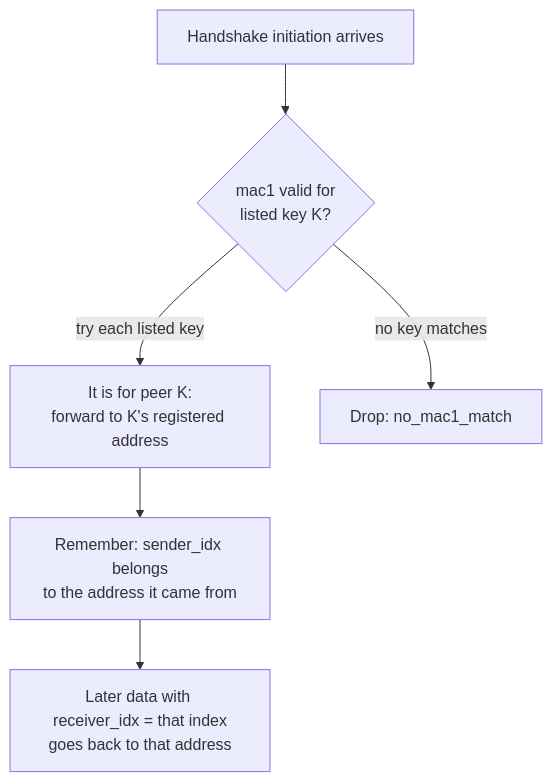
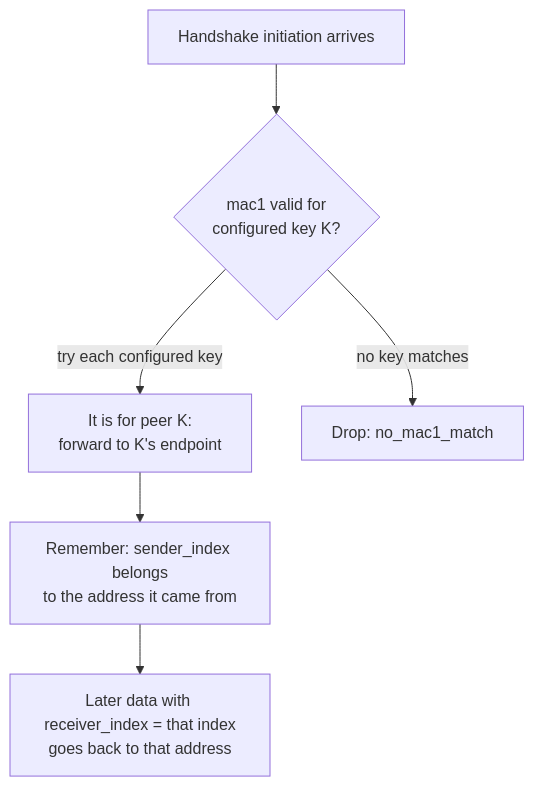
One commit to 3alpha/wg-relay changed the second of 23 diagrams in docs/how-it-works.md. Above: the diagram before and after it, drawn with Mermaid. The commit also changed other lines of this file and 46 other files, not shown here.

````diff
--- a/docs/how-it-works.md
+++ b/docs/how-it-works.md
@@ -73,8 +75,8 @@
 ```mermaid
 flowchart TD
-    A["Handshake initiation arrives"] --> B{"mac1 valid for<br/>listed key K?"}
-    B -- "try each listed key" --> C["It is for peer K:<br/>forward to K's registered address"]
+    A["Handshake initiation arrives"] --> B{"mac1 valid for<br/>configured key K?"}
+    B -- "try each configured key" --> C["It is for peer K:<br/>forward to K's endpoint"]
     B -- "no key matches" --> D["Drop: no_mac1_match"]
-    C --> E["Remember: sender_idx belongs<br/>to the address it came from"]
-    E --> F["Later data with receiver_idx = that index<br/>goes back to that address"]
+    C --> E["Remember: sender_index belongs<br/>to the address it came from"]
+    E --> F["Later data with receiver_index = that index<br/>goes back to that address"]
 ```
````
